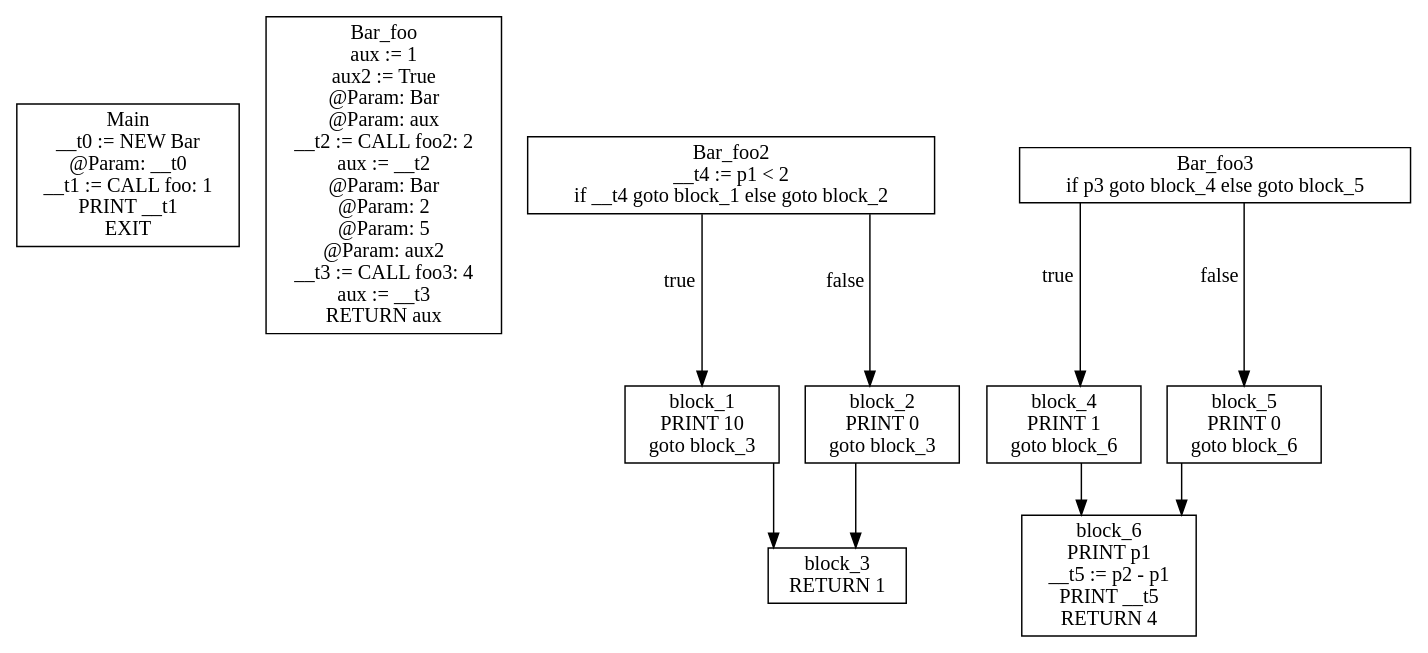
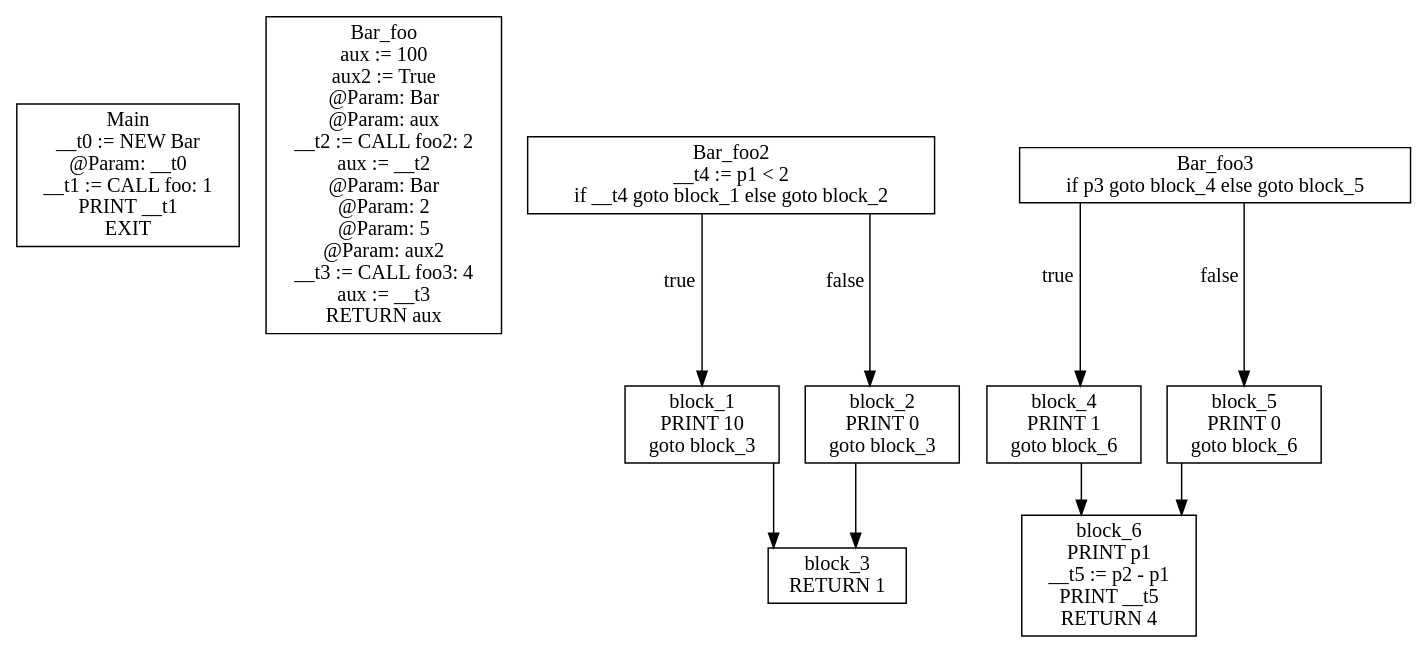
The diagram in gettingStarted/cfg.dot (KarmaSora/Compiler), drawn with Graphviz before and after one commit. The commit also changed 8 other files, not shown here.

```diff
--- a/gettingStarted/cfg.dot
+++ b/gettingStarted/cfg.dot
@@ -1,22 +1,22 @@
 digraph CFG {
 graph [splines=ortho];
 node [shape=box];
 Main [label="Main\n__t0 := NEW Bar\n @Param: __t0\n__t1 := CALL foo: 1\nPRINT __t1\nEXIT\n"];
-Bar_foo [label="Bar_foo\naux := 1\naux2 := True\n @Param: Bar\n @Param: aux\n__t2 := CALL foo2: 2\naux := __t2\n @Param: Bar\n @Param: 2\n @Param: 5\n @Param: aux2\n__t3 := CALL foo3: 4\naux := __t3\nRETURN aux\n"];
+Bar_foo [label="Bar_foo\naux := 100\naux2 := True\n @Param: Bar\n @Param: aux\n__t2 := CALL foo2: 2\naux := __t2\n @Param: Bar\n @Param: 2\n @Param: 5\n @Param: aux2\n__t3 := CALL foo3: 4\naux := __t3\nRETURN aux\n"];
 Bar_foo2 -> block_1 [xlabel="true"];
 Bar_foo2 -> block_2 [xlabel="false"];
 Bar_foo2 [label="Bar_foo2\n__t4 := p1 < 2\nif __t4 goto block_1 else goto block_2\n"];
 block_1 -> block_3;
 block_1 [label="block_1\nPRINT 10\ngoto block_3\n"];
 block_2 -> block_3;
 block_2 [label="block_2\nPRINT 0\ngoto block_3\n"];
 block_3 [label="block_3\nRETURN 1\n"];
 Bar_foo3 -> block_4 [xlabel="true"];
 Bar_foo3 -> block_5 [xlabel="false"];
 Bar_foo3 [label="Bar_foo3\nif p3 goto block_4 else goto block_5\n"];
 block_4 -> block_6;
 block_4 [label="block_4\nPRINT 1\ngoto block_6\n"];
 block_5 -> block_6;
 block_5 [label="block_5\nPRINT 0\ngoto block_6\n"];
 block_6 [label="block_6\nPRINT p1\n__t5 := p2 - p1\nPRINT __t5\nRETURN 4\n"];
 }
```
